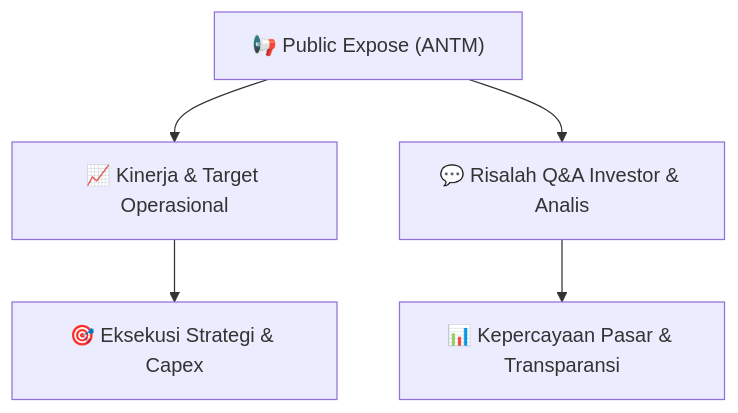
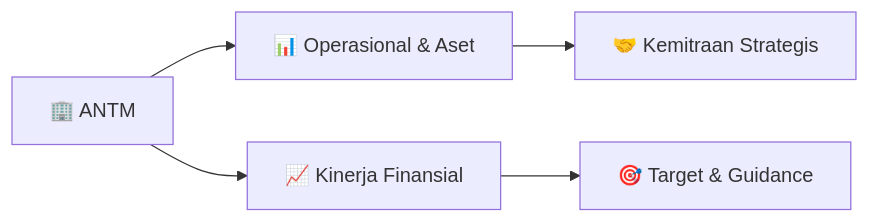
Before and after one commit to anYoneo/alphadigest-idx: the diagram in Finplan_analyst/knowledge-base/public-exposes/informasi-pubex/ANTM_Public_Expose_20260827.md, drawn with Mermaid. The commit also changed other lines of this file and 526 other files, not shown here.

````diff
--- a/Finplan_analyst/knowledge-base/public-exposes/informasi-pubex/ANTM_Public_Expose_20260827.md
+++ b/Finplan_analyst/knowledge-base/public-exposes/informasi-pubex/ANTM_Public_Expose_20260827.md
@@ -33,7 +89,7 @@
 ```mermaid
-flowchart TD
-    A["📢 Public Expose (ANTM)"] --> B["📈 Kinerja & Target Operasional"]
-    A --> C["💬 Risalah Q&A Investor & Analis"]
-    B --> D["🎯 Eksekusi Strategi & Capex"]
-    C --> E["📊 Kepercayaan Pasar & Transparansi"]
+flowchart LR
+    A["🏢 ANTM"] --> B["📊 Operasional & Aset"]
+    A --> C["📈 Kinerja Finansial"]
+    B --> D["🤝 Kemitraan Strategis"]
+    C --> E["🎯 Target & Guidance"]
 ```
````
